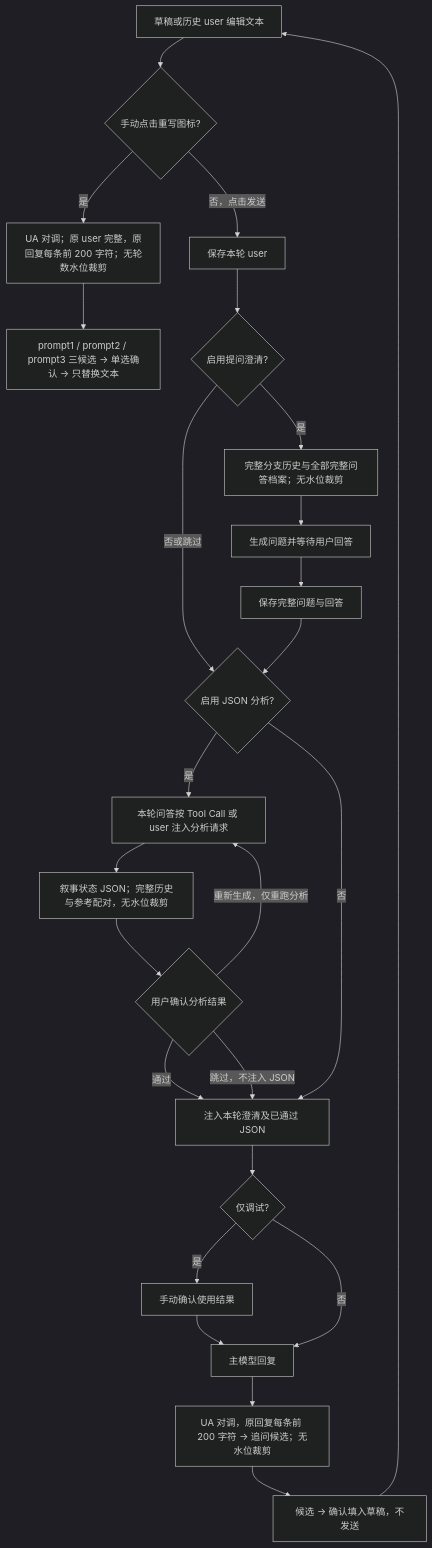
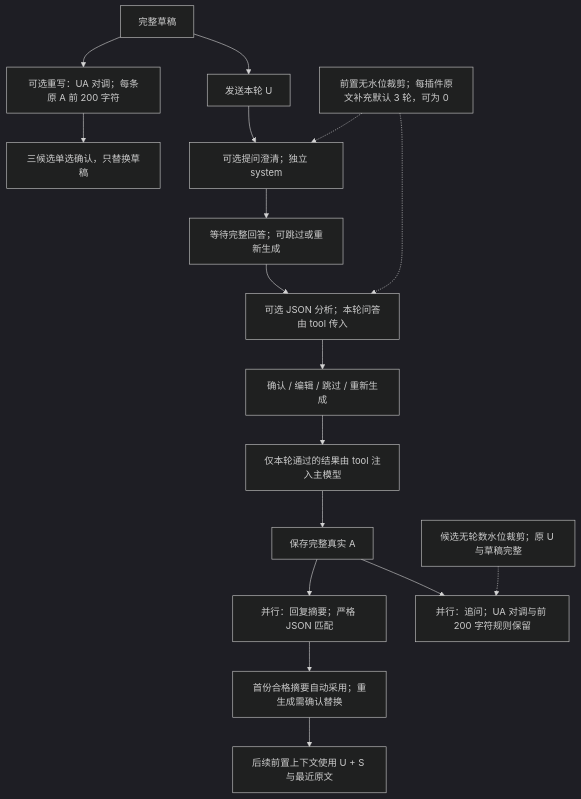
Before and after one commit to ccawmiku/workers-chat: the first of 8 diagrams in docs/PLUGINS.md, drawn with Mermaid (dark theme). The commit also changed other lines of this file and 30 other files, not shown here.

````diff
--- a/docs/PLUGINS.md
+++ b/docs/PLUGINS.md
@@ -22,27 +22,19 @@
 ```mermaid
 flowchart TD
-    Draft[草稿或历史 user 编辑文本] --> Rewrite{手动点击重写图标?}
-    Rewrite -->|是| Rewriter[UA 对调；原 user 完整，原回复每条前 200 字符；无轮数水位裁剪]
-    Rewriter --> Compare[prompt1 / prompt2 / prompt3 三候选 → 单选确认 → 只替换文本]
-    Rewrite -->|否，点击发送| User[保存本轮 user]
-    User --> Ask{启用提问澄清?}
-    Ask -->|是| Q[完整分支历史与全部完整问答档案；无水位裁剪]
-    Q --> Wait[生成问题并等待用户回答]
-    Wait --> Pair[保存完整问题与回答]
-    Ask -->|否或跳过| Analyze{启用 JSON 分析?}
-    Pair --> Analyze
-    Analyze -->|是| Input[本轮问答按 Tool Call 或 user 注入分析请求]
-    Input --> JSON[叙事状态 JSON；完整历史与参考配对，无水位裁剪]
-    JSON --> Gate{用户确认分析结果}
-    Gate -->|重新生成，仅重跑分析| Input
-    Gate -->|通过| Inject[注入本轮澄清及已通过 JSON]
-    Gate -->|跳过，不注入 JSON| Inject
-    Analyze -->|否| Inject
-    Inject --> Debug{仅调试?}
-    Debug -->|是| Review[手动确认使用结果]
-    Review --> Main[主模型回复]
-    Debug -->|否| Main
-    Main --> Suggest[UA 对调，原回复每条前 200 字符 → 追问候选；无水位裁剪]
-    Suggest --> Choices[候选 → 确认填入草稿，不发送]
-    Choices --> Draft
+    Draft[完整草稿] --> Rewrite[可选重写：UA 对调；每条原 A 前 200 字符]
+    Rewrite --> Choose[三候选单选确认，只替换草稿]
+    Draft --> Send[发送本轮 U]
+    Send --> Clarify[可选提问澄清；独立 system]
+    Clarify --> Answer[等待完整回答；可跳过或重新生成]
+    Answer --> Analysis[可选 JSON 分析；本轮问答由 tool 传入]
+    Analysis --> Gate[确认 / 编辑 / 跳过 / 重新生成]
+    Gate --> Main[仅本轮通过的结果由 tool 注入主模型]
+    Main --> A[保存完整真实 A]
+    A --> Summary[并行：回复摘要；严格 JSON 匹配]
+    A --> Suggest[并行：追问；UA 对调与前 200 字符规则保留]
+    Summary --> Adopt[首份合格摘要自动采用；重生成需确认替换]
+    Adopt --> Next[后续前置上下文使用 U + S 与最近原文]
+    Water[前置无水位裁剪；每插件原文补充默认 3 轮，可为 0] -.-> Clarify
+    Water -.-> Analysis
+    Swapped[候选无轮数水位裁剪；原 U 与草稿完整] -.-> Suggest
 ```
````
